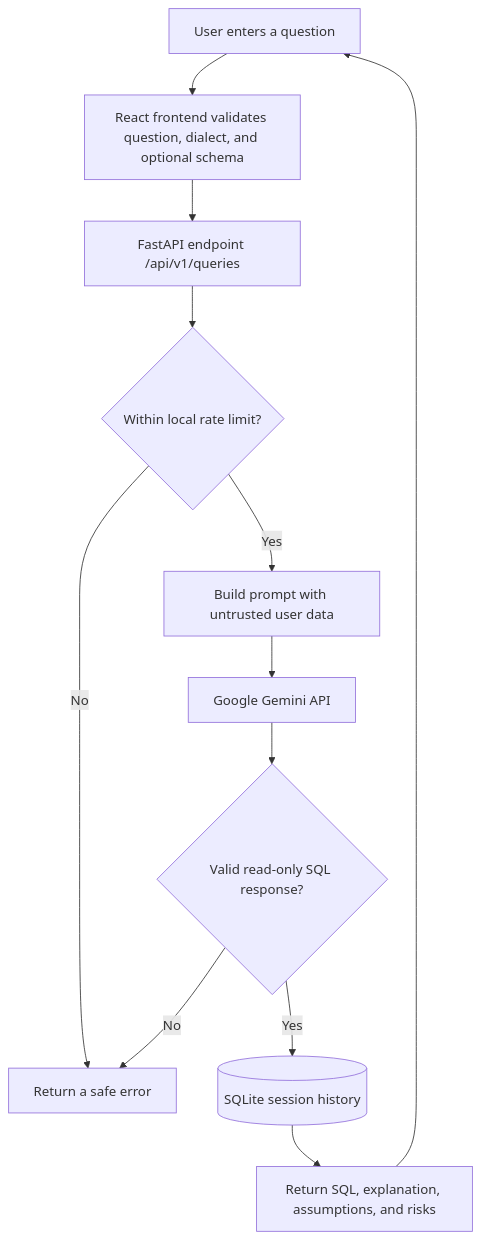
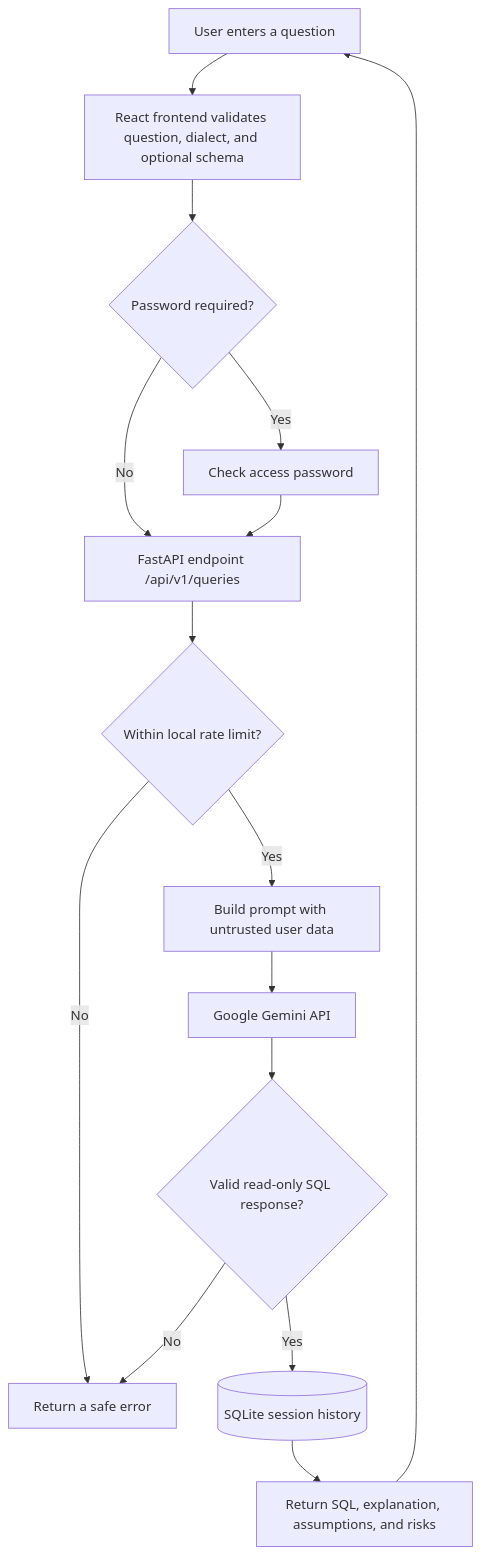
The diagram in agents/sqlbuddy/README.md (anusha-h1/open-source-agents), drawn with Mermaid before and after one commit. The commit also changed other lines of this file and 12 other files, not shown here.

````diff
--- a/agents/sqlbuddy/README.md
+++ b/agents/sqlbuddy/README.md
@@ -40,14 +41,17 @@
 ```mermaid
 flowchart TD
     User[User enters a question] --> Form[React frontend validates question, dialect, and optional schema]
-    Form --> API[FastAPI endpoint /api/v1/queries]
+    Form --> Auth{Password required?}
+    Auth -- Yes --> Check[Check access password]
+    Auth -- No --> API[FastAPI endpoint /api/v1/queries]
+    Check --> API
     API --> Limit{Within local rate limit?}
     Limit -- No --> SafeError[Return a safe error]
     Limit -- Yes --> Prompt[Build prompt with untrusted user data]
     Prompt --> Gemini[Google Gemini API]
     Gemini --> Validate{Valid read-only SQL response?}
     Validate -- No --> SafeError
     Validate -- Yes --> History[(SQLite session history)]
     History --> Result[Return SQL, explanation, assumptions, and risks]
     Result --> User
 ```
````
